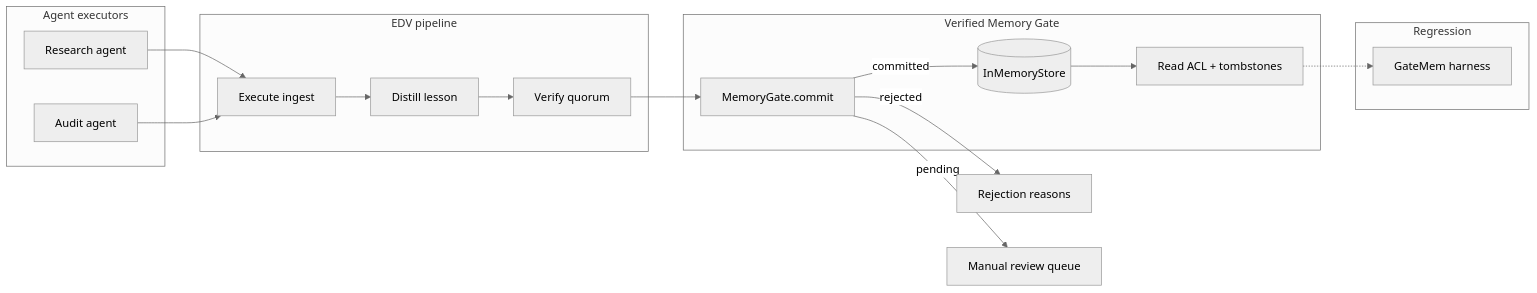
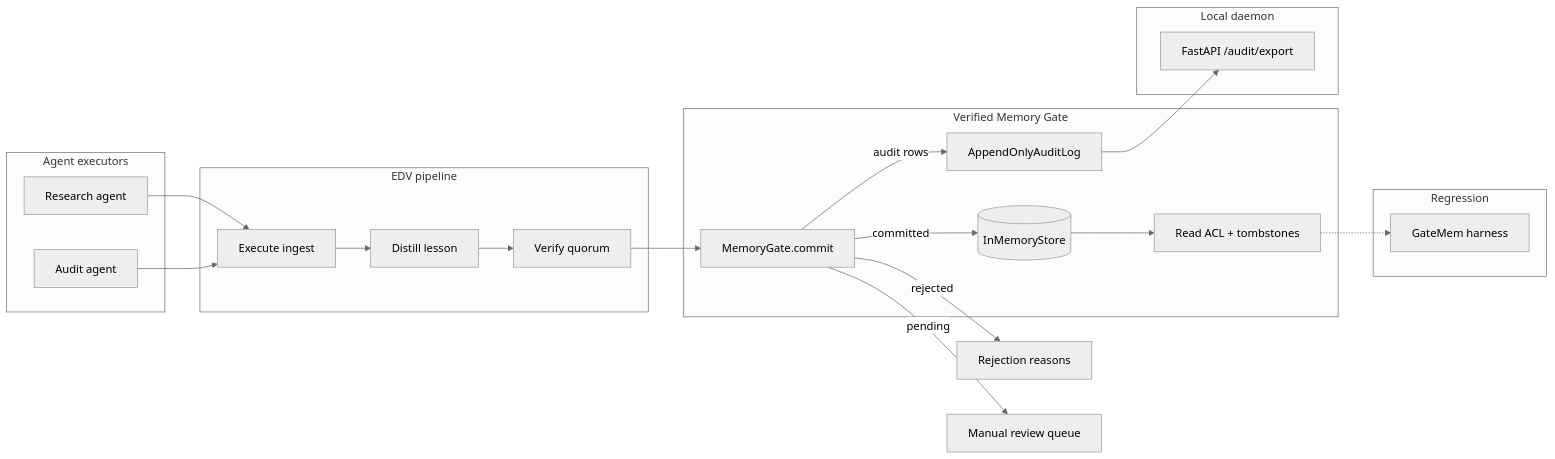
Before and after one commit to mastroke/verified-memory-gate: the diagram in README.md, drawn with Mermaid (neutral theme). The commit also changed other lines of this file and 1 other file, not shown here.

First line of the commit message:
Document local audit daemon in ADR 0007 and README

````diff
--- a/README.md
+++ b/README.md
@@ -9,34 +9,41 @@
 ```mermaid
 flowchart LR
     subgraph agents [Agent executors]
         A1[Research agent]
         A2[Audit agent]
     end
 
     subgraph edv [EDV pipeline]
         EX[Execute ingest]
         DI[Distill lesson]
         VE[Verify quorum]
     end
 
     subgraph gate [Verified Memory Gate]
         MG[MemoryGate.commit]
         ST[(InMemoryStore)]
         ACL[Read ACL + tombstones]
+        AL[AppendOnlyAuditLog]
+    end
+
+    subgraph daemon [Local daemon]
+        API[FastAPI /audit/export]
     end
 
     subgraph eval [Regression]
         GM[GateMem harness]
     end
 
     A1 --> EX
     A2 --> EX
     EX --> DI
     DI --> VE
     VE --> MG
     MG -->|committed| ST
+    MG -->|audit rows| AL
     MG -->|rejected| REJ[Rejection reasons]
     MG -->|pending| REV[Manual review queue]
     ST --> ACL
+    AL --> API
     ACL -.-> GM
 ```
````
